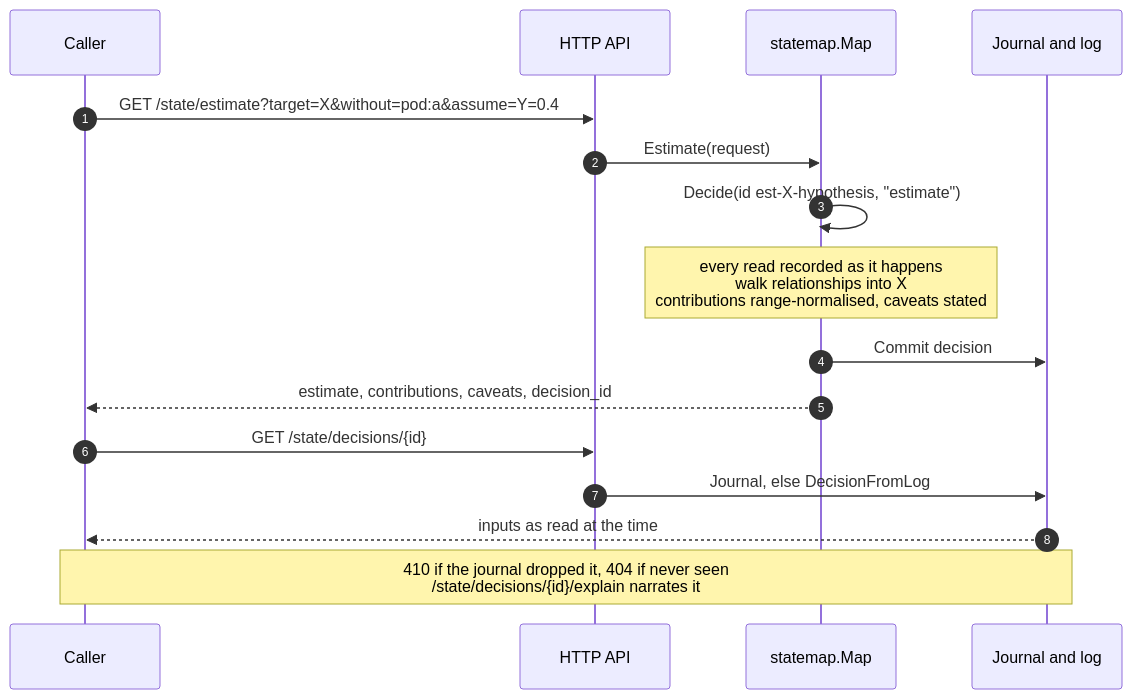
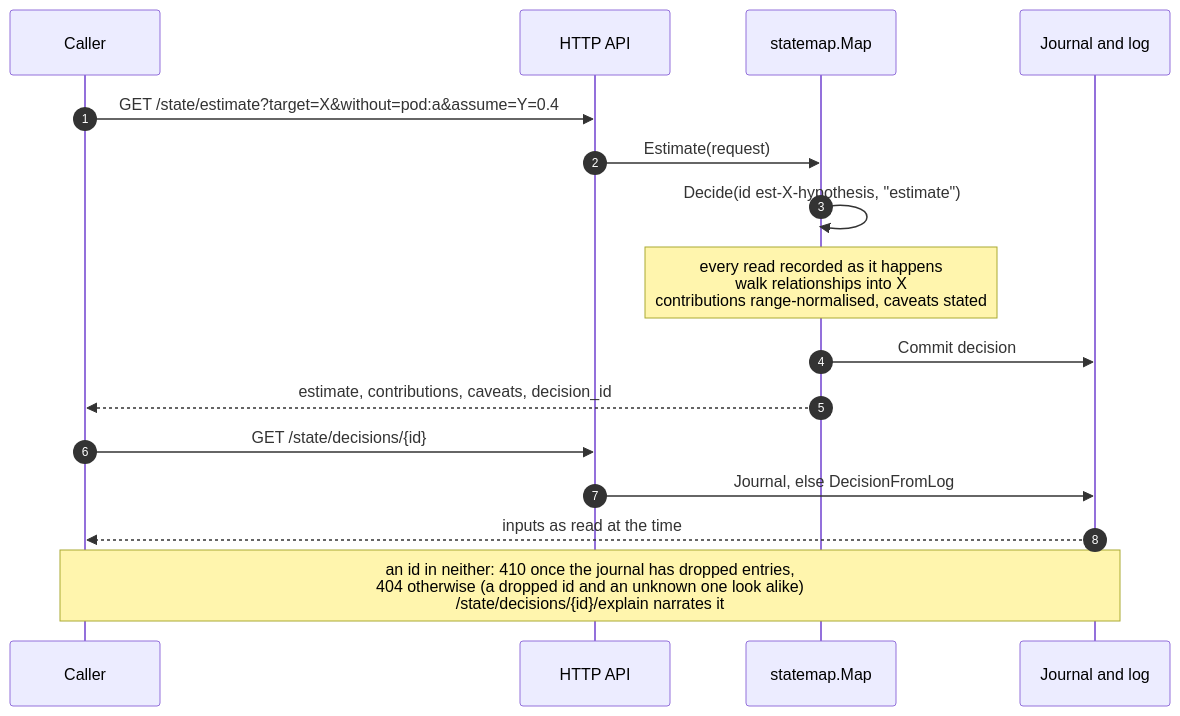
One commit to DiyazY/di-agent changed diagram 18 of 21 in docs/architecture-diagrams.md. Above: the diagram before and after it, drawn with Mermaid. The commit also changed other lines of this file and 10 other files, not shown here.

First line of the commit message:
docs: correct diagrams and contract counts from PR review

````diff
--- a/docs/architecture-diagrams.md
+++ b/docs/architecture-diagrams.md
@@ -607,19 +629,19 @@
 ```mermaid
 sequenceDiagram
     autonumber
     participant Q as Caller
     participant API as HTTP API
     participant M as statemap.Map
     participant J as Journal and log
 
     Q->>API: GET /state/estimate?target=X&without=pod:a&assume=Y=0.4
     API->>M: Estimate(request)
     M->>M: Decide(id est-X-hypothesis, "estimate")
     Note over M: every read recorded as it happens<br/>walk relationships into X<br/>contributions range-normalised, caveats stated
     M->>J: Commit decision
     M-->>Q: estimate, contributions, caveats, decision_id
     Q->>API: GET /state/decisions/{id}
     API->>J: Journal, else DecisionFromLog
     J-->>Q: inputs as read at the time
-    Note over Q,J: 410 if the journal dropped it, 404 if never seen<br/>/state/decisions/{id}/explain narrates it
+    Note over Q,J: an id in neither: 410 once the journal has dropped entries,<br/>404 otherwise (a dropped id and an unknown one look alike)<br/>/state/decisions/{id}/explain narrates it
 ```
````
